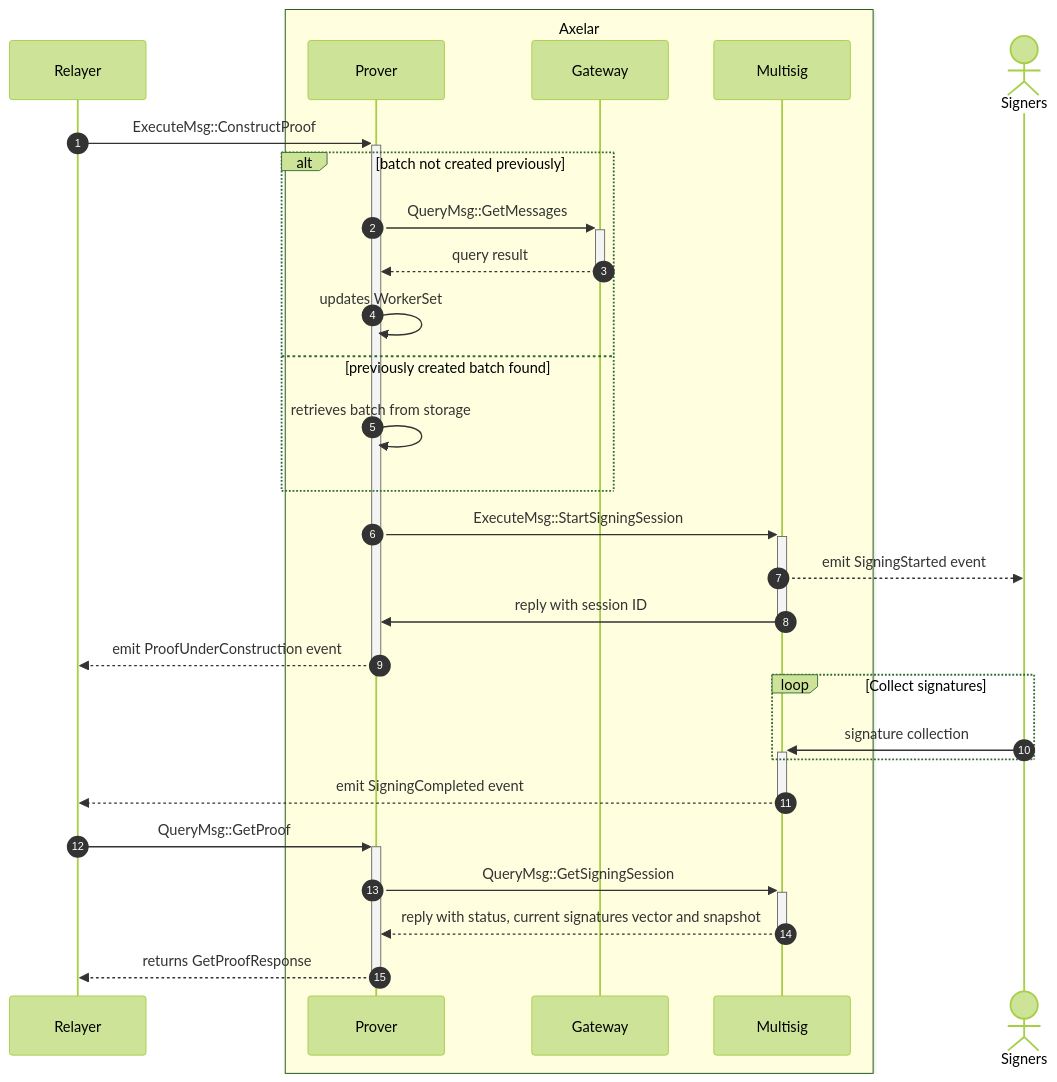
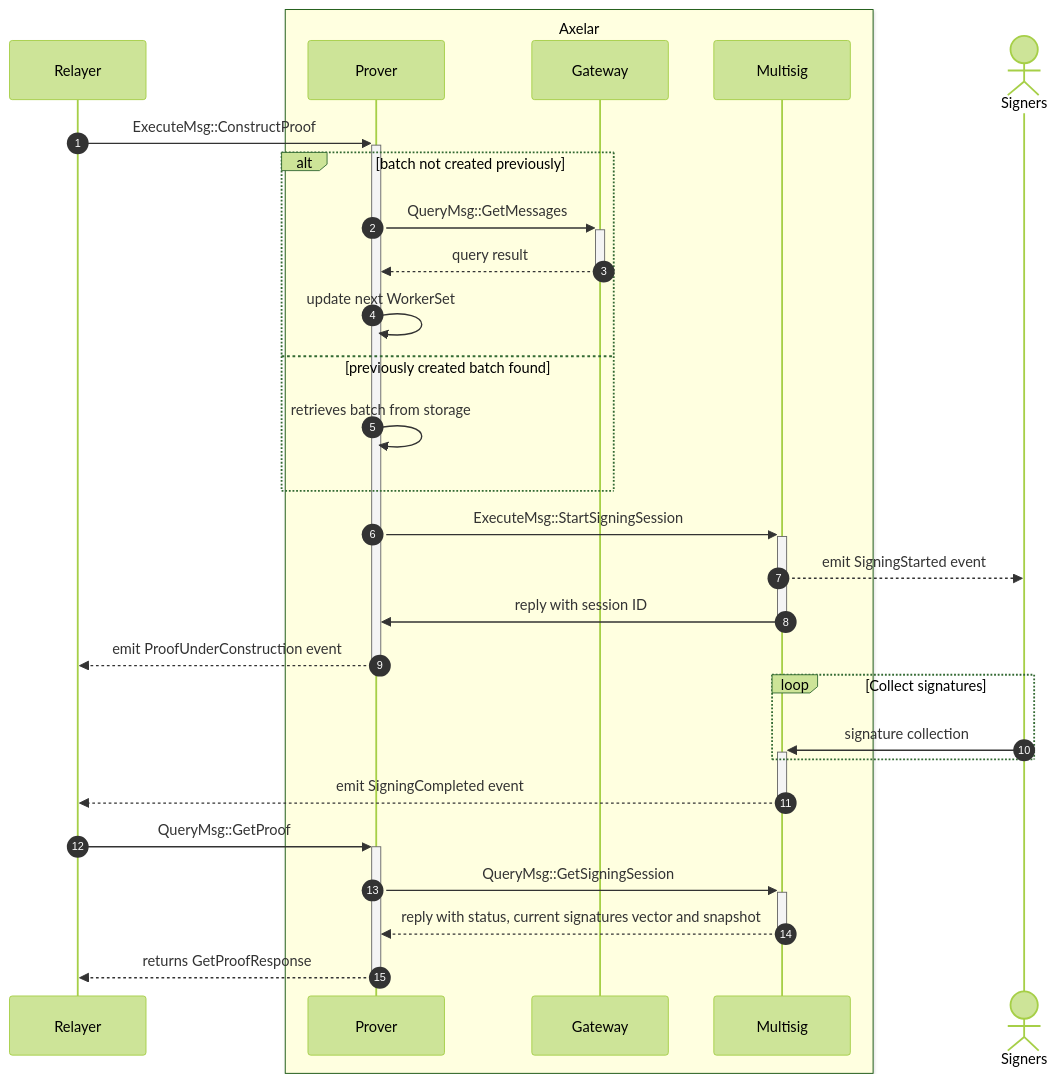
The second of 4 diagrams in doc/src/contracts/multisig_prover.md (axelarnetwork/axelar-amplifier), drawn with Mermaid (forest theme) before and after one commit. The commit also changed other lines of this file, not shown here.

Commit message:
Create UpdateWorkerSet sequence and fix typos

````diff
--- a/doc/src/contracts/multisig_prover.md
+++ b/doc/src/contracts/multisig_prover.md
@@ -29,33 +29,33 @@
 ```mermaid
 sequenceDiagram
 autonumber
 participant Relayer
 box LightYellow Axelar
 participant Prover
 participant Gateway
 participant Multisig
 end
 actor Signers
 
 Relayer->>+Prover: ExecuteMsg::ConstructProof
 alt batch not created previously
   Prover->>+Gateway: QueryMsg::GetMessages
   Gateway-->>-Prover: query result
-  Prover->>Prover: updates WorkerSet
+  Prover->>Prover: update next WorkerSet
 else previously created batch found
   Prover->>Prover: retrieves batch from storage
 end
 Prover->>+Multisig: ExecuteMsg::StartSigningSession
 Multisig-->>Signers: emit SigningStarted event
 Multisig->>-Prover: reply with session ID
 Prover-->>Relayer: emit ProofUnderConstruction event
 deactivate Prover
 loop Collect signatures
 	Signers->>+Multisig: signature collection
 end
 Multisig-->>-Relayer: emit SigningCompleted event
 Relayer->>+Prover: QueryMsg::GetProof
 Prover->>+Multisig: QueryMsg::GetSigningSession
 Multisig-->>-Prover: reply with status, current signatures vector and snapshot
 Prover-->>-Relayer: returns GetProofResponse
 ```
````
